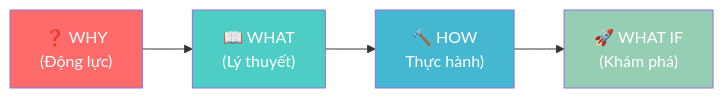
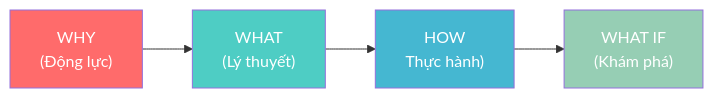
One commit to vuanhtu1993/vuanhtu1993.github.io changed the diagram in .agent/skills/create-tech-lecture/SKILL.md. Above: the diagram before and after it, drawn with Mermaid. The commit also changed other lines of this file and 13 other files, not shown here.

````diff
--- a/.agent/skills/create-tech-lecture/SKILL.md
+++ b/.agent/skills/create-tech-lecture/SKILL.md
@@ -59,10 +80,10 @@
 ```mermaid
 flowchart LR
-    A["❓ WHY<br>(Động lực)"] --> B["📖 WHAT<br>(Lý thuyết)"]
-    B --> C["🔨 HOW<br>Thực hành)"]
-    C --> D["🚀 WHAT IF<br>(Khám phá)"]
+    A["WHY<br>(Động lực)"] --> B["WHAT<br>(Lý thuyết)"]
+    B --> C["HOW<br>Thực hành)"]
+    C --> D["WHAT IF<br>(Khám phá)"]
     style A fill:#ff6b6b,color:#fff
     style B fill:#4ecdc4,color:#fff
     style C fill:#45b7d1,color:#fff
     style D fill:#96ceb4,color:#fff
 ```
````
